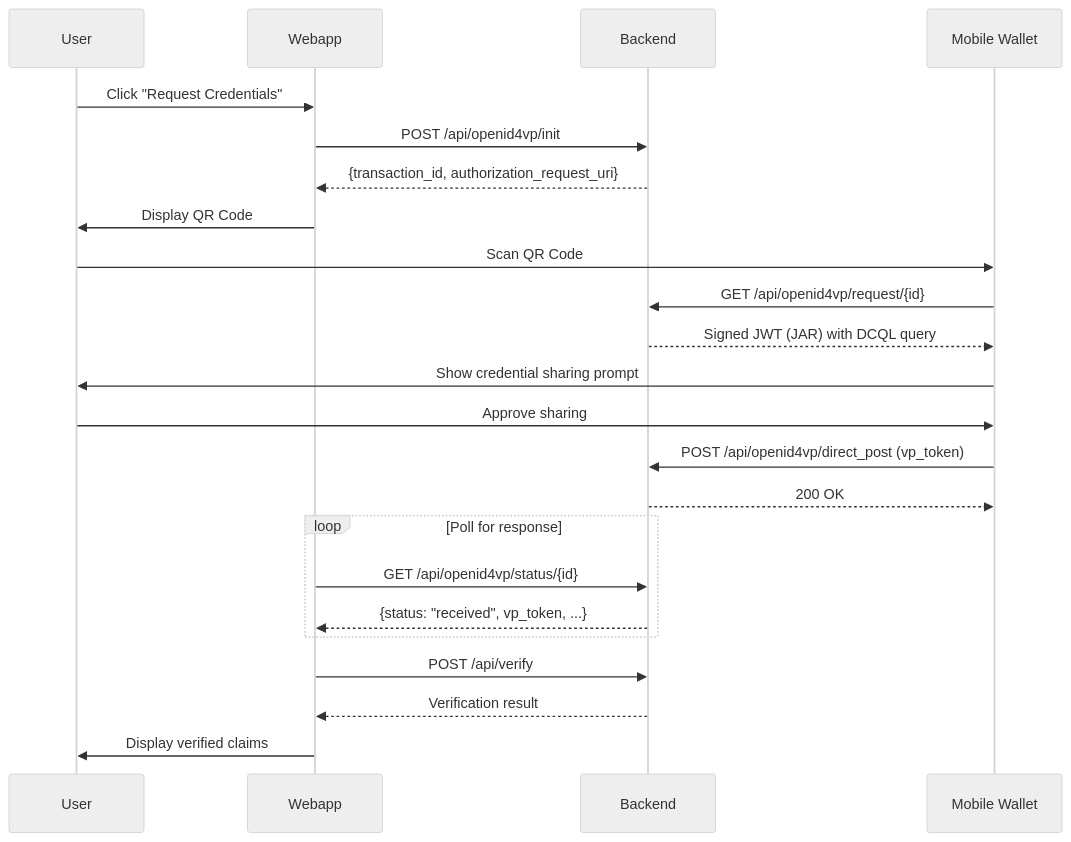
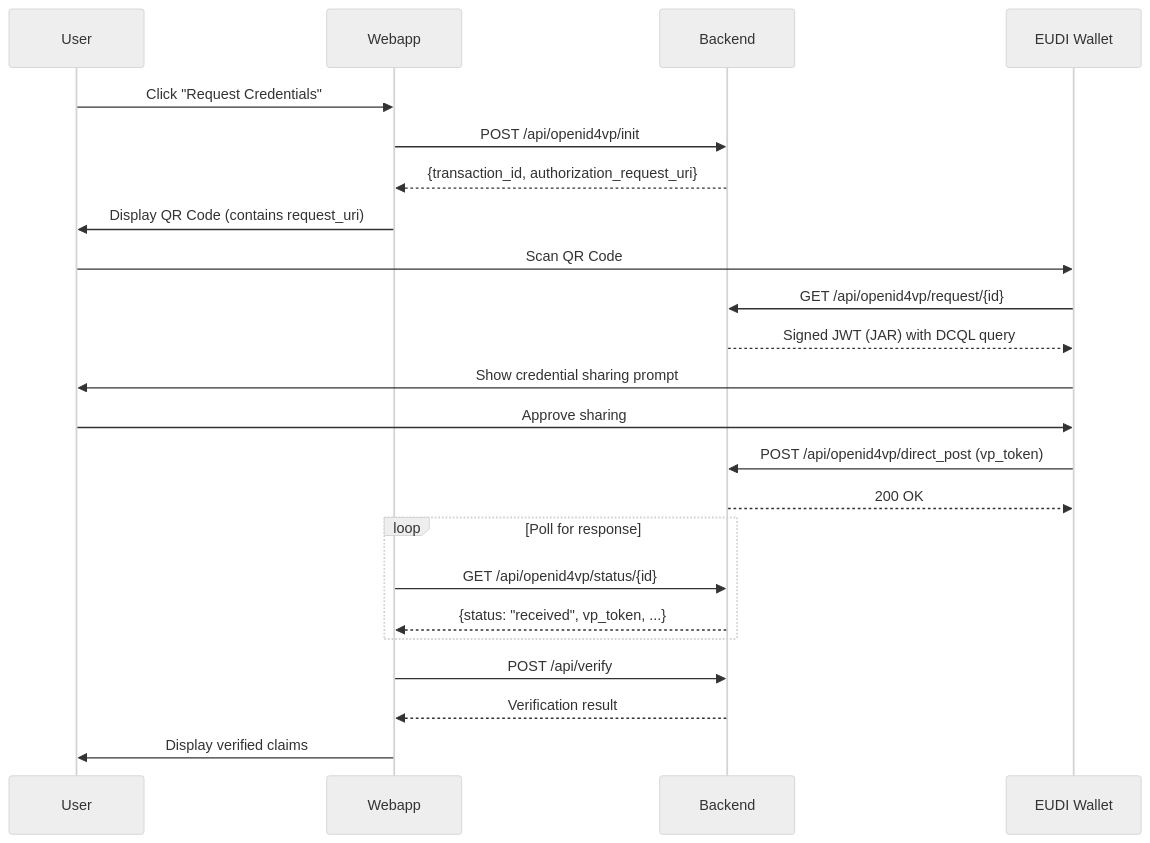
One commit to rd-ewqwe/ewqwe-identity changed the second of 4 diagrams in documentation/src/demo_webapp.md. Above: the diagram before and after it, drawn with Mermaid (neutral theme). The commit also changed other lines of this file and 12 other files, not shown here.

Commit message:
av full flow

````diff
--- a/documentation/src/demo_webapp.md
+++ b/documentation/src/demo_webapp.md
@@ -90,29 +147,29 @@
 ```mermaid
 sequenceDiagram
     participant U as User
     participant W as Webapp
     participant B as Backend
-    participant M as Mobile Wallet
+    participant M as EUDI Wallet
     
     U->>W: Click "Request Credentials"
     W->>B: POST /api/openid4vp/init
     B-->>W: {transaction_id, authorization_request_uri}
-    W->>U: Display QR Code
+    W->>U: Display QR Code (contains request_uri)
     
     U->>M: Scan QR Code
     M->>B: GET /api/openid4vp/request/{id}
     B-->>M: Signed JWT (JAR) with DCQL query
     M->>U: Show credential sharing prompt
     U->>M: Approve sharing
     M->>B: POST /api/openid4vp/direct_post (vp_token)
     B-->>M: 200 OK
     
     loop Poll for response
         W->>B: GET /api/openid4vp/status/{id}
         B-->>W: {status: "received", vp_token, ...}
     end
     
     W->>B: POST /api/verify
     B-->>W: Verification result
     W->>U: Display verified claims
 ```
````
